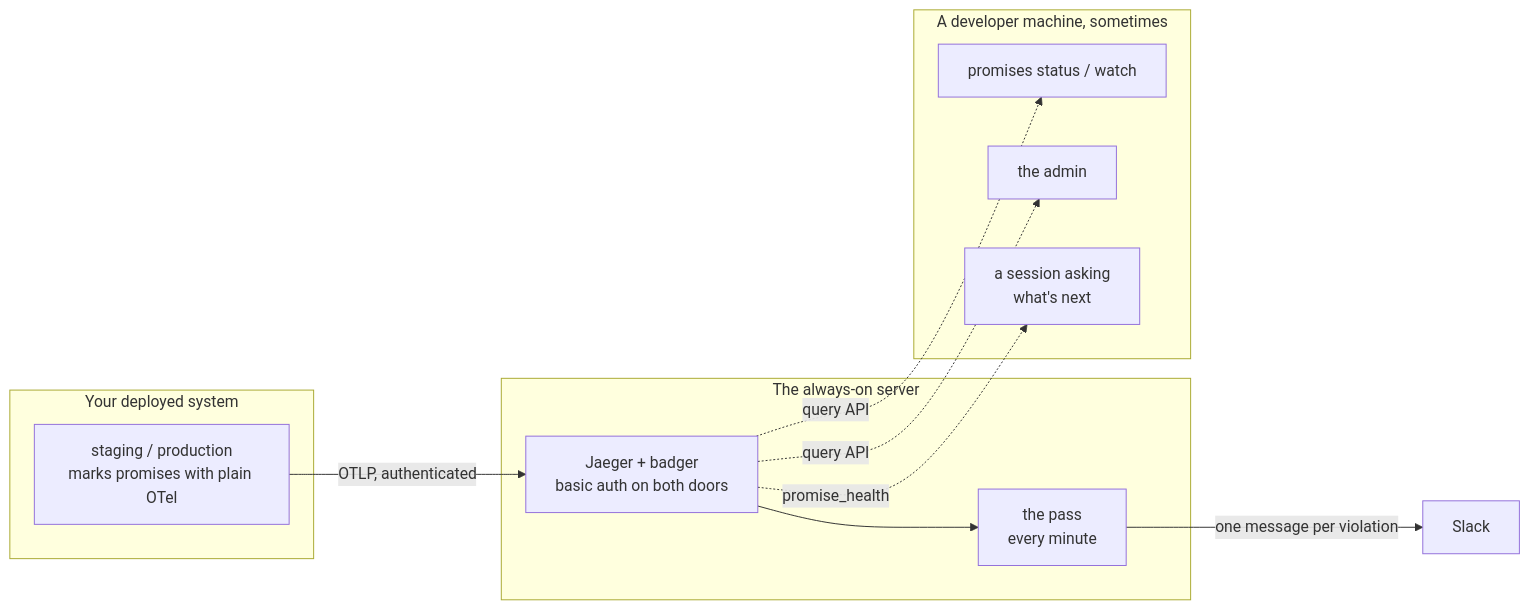
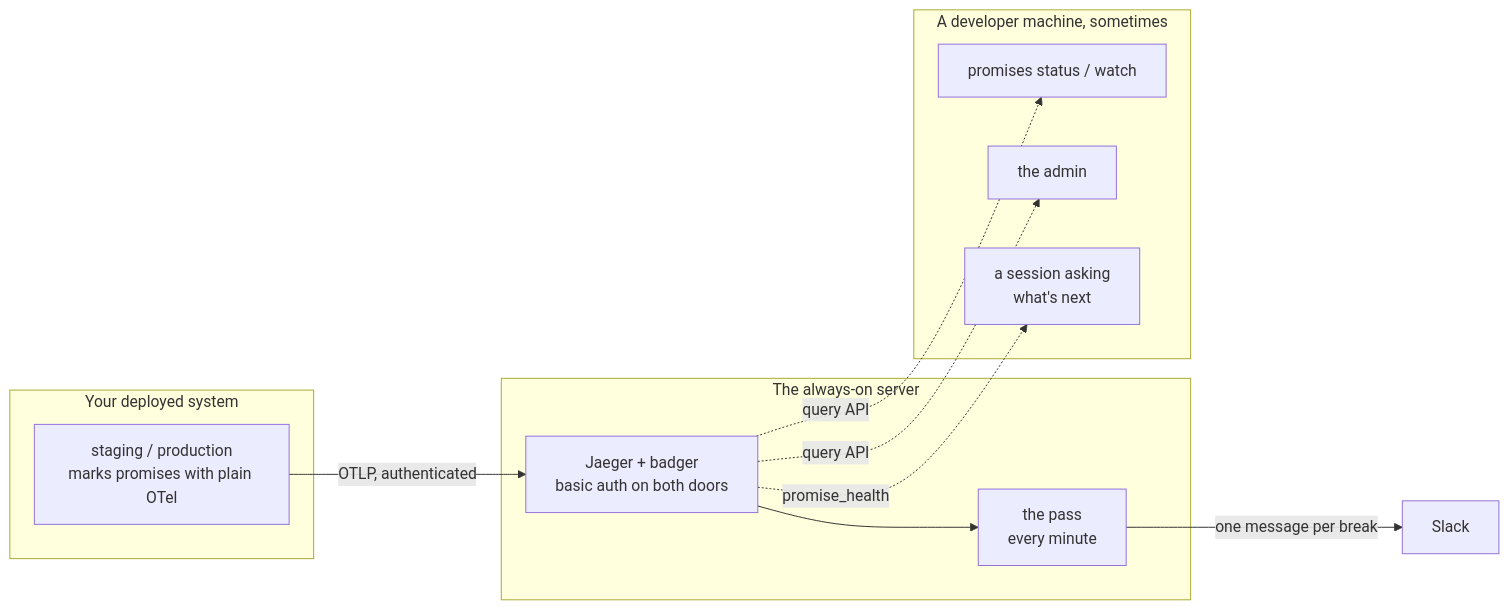
One commit to infinitedusky/indusk changed the diagram in apps/docs/src/guide/always-on.md. Above: the diagram before and after it, drawn with Mermaid. The commit also changed other lines of this file and 27 other files, not shown here.

````diff
--- a/apps/docs/src/guide/always-on.md
+++ b/apps/docs/src/guide/always-on.md
@@ -15,23 +15,23 @@
 ```mermaid
 flowchart LR
   subgraph deployed["Your deployed system"]
     app["staging / production<br/>marks promises with plain OTel"]
   end
   subgraph server["The always-on server"]
     jaeger["Jaeger + badger<br/>basic auth on both doors"]
     pass["the pass<br/>every minute"]
   end
   slack["Slack"]
   subgraph laptop["A developer machine, sometimes"]
     cli["promises status / watch"]
     ui["the admin"]
     session["a session asking<br/>what's next"]
   end
 
   app -->|OTLP, authenticated| jaeger
   jaeger --> pass
-  pass -->|one message per violation| slack
+  pass -->|one message per break| slack
   jaeger -.->|query API| cli
   jaeger -.->|query API| ui
   jaeger -.->|promise_health| session
 ```
````
